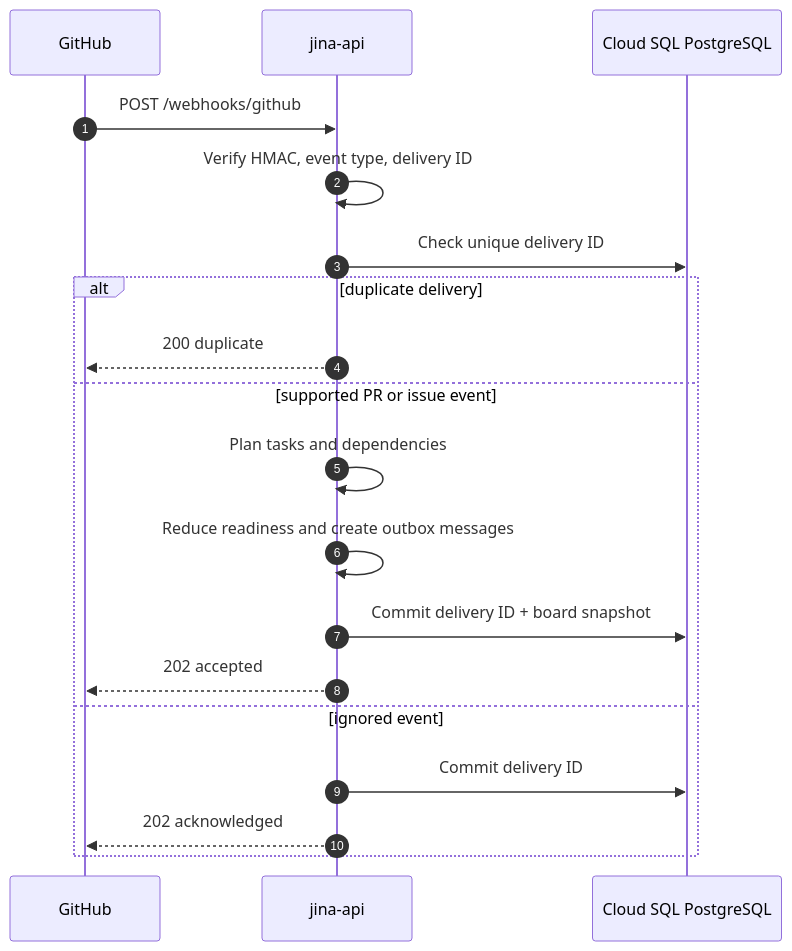
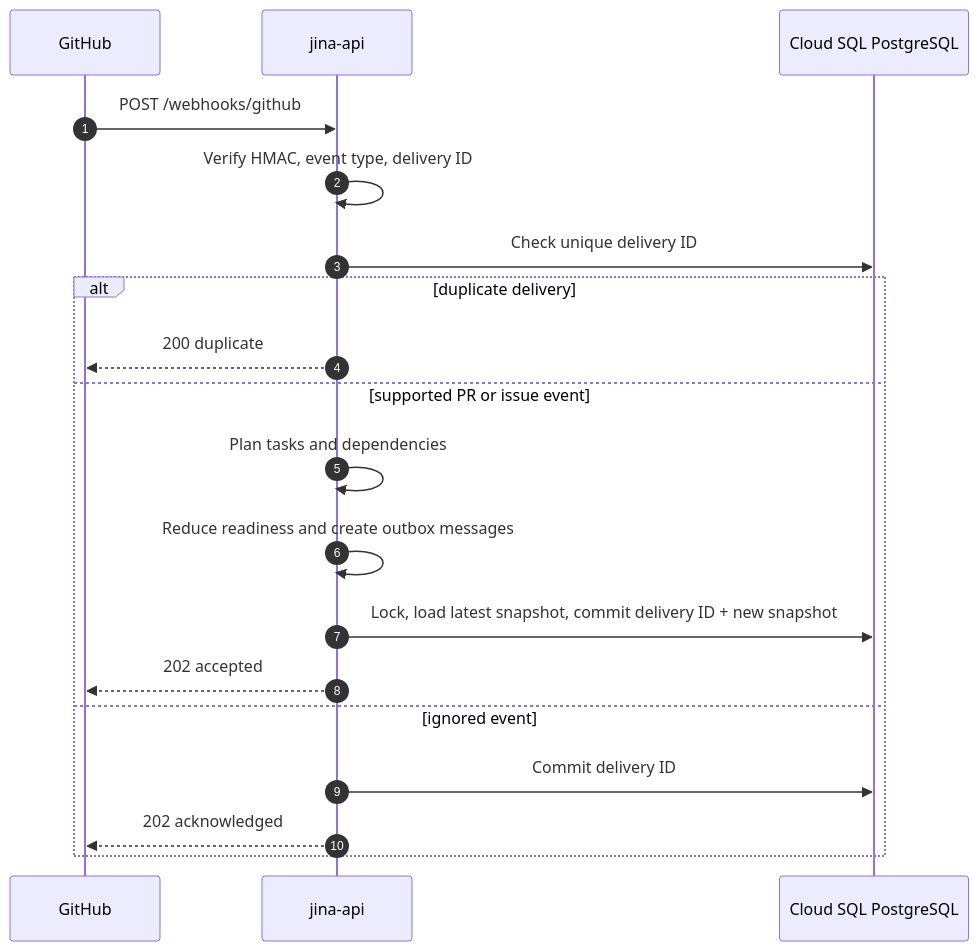
One commit to keon/jina-context-wiki-e2e-20260808 changed the first of 6 diagrams in docs/SEQUENCE_DIAGRAM.md. Above: the diagram before and after it, drawn with Mermaid. The commit also changed 25 other files, not shown here.

Commit message:
Harden architecture boundaries

````diff
--- a/docs/SEQUENCE_DIAGRAM.md
+++ b/docs/SEQUENCE_DIAGRAM.md
@@ -9,22 +9,22 @@
 ```mermaid
 sequenceDiagram
     autonumber
     participant GitHub
     participant API as jina-api
     participant DB as Cloud SQL PostgreSQL
 
     GitHub->>API: POST /webhooks/github
     API->>API: Verify HMAC, event type, delivery ID
     API->>DB: Check unique delivery ID
     alt duplicate delivery
         API-->>GitHub: 200 duplicate
     else supported PR or issue event
         API->>API: Plan tasks and dependencies
         API->>API: Reduce readiness and create outbox messages
-        API->>DB: Commit delivery ID + board snapshot
+        API->>DB: Lock, load latest snapshot, commit delivery ID + new snapshot
         API-->>GitHub: 202 accepted
     else ignored event
         API->>DB: Commit delivery ID
         API-->>GitHub: 202 acknowledged
     end
 ```
````
